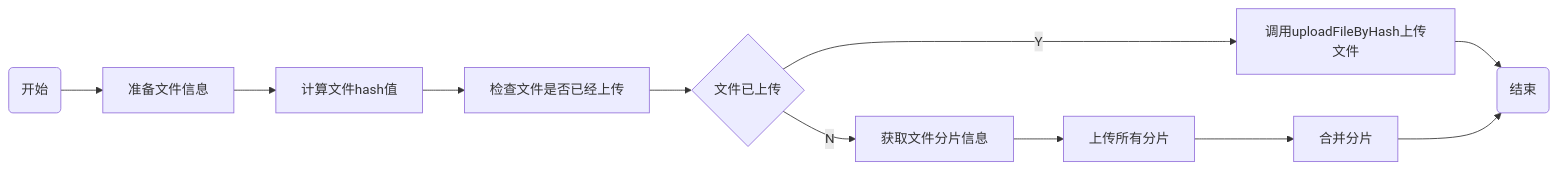
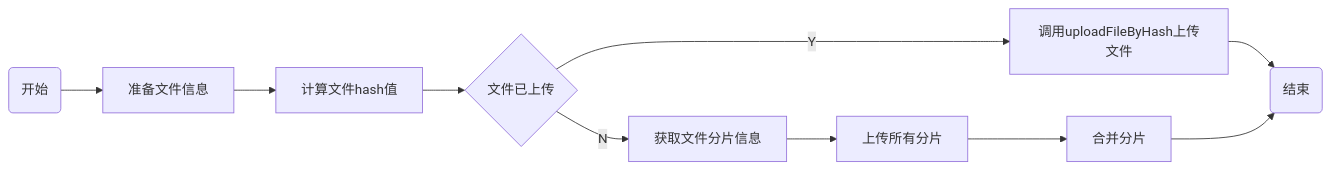
One commit to niuiic/file-service changed the fifth of 11 diagrams in README.md. Above: the diagram before and after it, drawn with Mermaid. The commit also changed other lines of this file, not shown here.

````diff
--- a/README.md
+++ b/README.md
@@ -136,32 +136,22 @@
 ```mermaid
 flowchart LR
-    start(开始)
-    start --> s1
+    start(开始) --> s1
 
-    s1[准备文件信息]
-    s1 --> s2
+    s1[准备文件信息] --> s2
 
-    s2[计算文件hash值]
-    s2 --> s3
-
-    s3[检查文件是否已经上传]
-    s3 --> s4
+    s2[计算文件hash值] --> s4
 
     s4{文件已上传}
     s4 --Y--> s5
     s4 --N--> s6
 
-    s5[调用uploadFileByHash上传文件]
-    s5 --> done
+    s5[调用uploadFileByHash上传文件] --> finish
 
-    s6[获取文件分片信息]
-    s6 --> s7
+    s6[获取文件分片信息] --> s7
 
-    s7[上传所有分片]
-    s7 --> s8
+    s7[上传所有分片] --> s8
 
-    s8[合并分片]
-    s8 --> done
+    s8[合并分片] --> finish
 
-    done(结束)
+    finish(结束)
 ```
````
